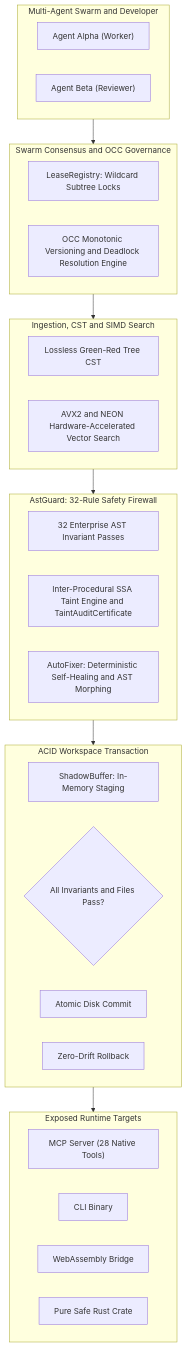
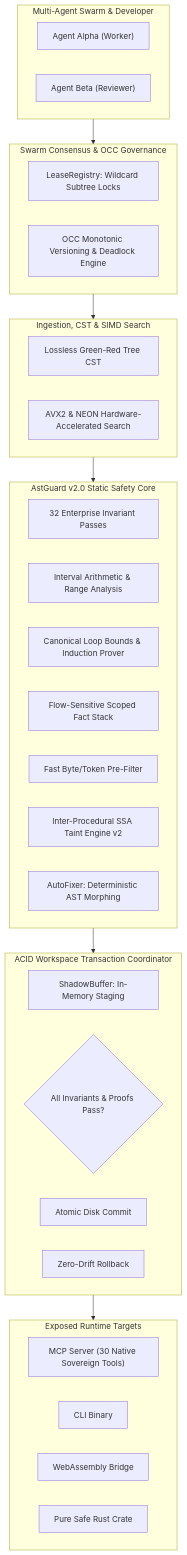
The diagram in README.md (ahmadshady747-create/LOCUS), drawn with Mermaid before and after one commit. The commit also changed other lines of this file and 165 other files, not shown here.

Commit message:
feat(v2.0.0): Abstract Interpretation, Symbolic Range Analysis, Canonical Loop Bounds Prover & Flow-Sensitive Fact Narrowing

````diff
--- a/README.md
+++ b/README.md
@@ -80,43 +122,47 @@
 ```mermaid
 flowchart TD
-    subgraph MultiAgentSwarm ["Multi-Agent Swarm and Developer"]
+    subgraph MultiAgentSwarm ["Multi-Agent Swarm & Developer"]
         AgentA["Agent Alpha (Worker)"]
         AgentB["Agent Beta (Reviewer)"]
     end
 
-    subgraph Governance ["Swarm Consensus and OCC Governance"]
+    subgraph Governance ["Swarm Consensus & OCC Governance"]
         LeaseReg["LeaseRegistry: Wildcard Subtree Locks"]
-        OCC["OCC Monotonic Versioning and Deadlock Resolution Engine"]
+        OCC["OCC Monotonic Versioning & Deadlock Engine"]
     end
 
-    subgraph Ingestion ["Ingestion, CST and SIMD Search"]
+    subgraph Ingestion ["Ingestion, CST & SIMD Search"]
         CST["Lossless Green-Red Tree CST"]
-        SIMD["AVX2 and NEON Hardware-Accelerated Vector Search"]
+        SIMD["AVX2 & NEON Hardware-Accelerated Search"]
     end
 
-    subgraph SafetyPipeline ["AstGuard: 32-Rule Safety Firewall"]
-        Invariants["32 Enterprise AST Invariant Passes"]
-        Taint["Inter-Procedural SSA Taint Engine and TaintAuditCertificate"]
-        AutoFix["AutoFixer: Deterministic Self-Healing and AST Morphing"]
+    subgraph StaticSafetyCore ["AstGuard v2.0 Static Safety Core"]
+        Invariants["32 Enterprise Invariant Passes"]
+        IntervalEngine["Interval Arithmetic & Range Analysis"]
+        LoopBounds["Canonical Loop Bounds & Induction Prover"]
+        FactStackEngine["Flow-Sensitive Scoped Fact Stack"]
+        MemchrFilter["Fast Byte/Token Pre-Filter"]
+        Taint["Inter-Procedural SSA Taint Engine v2"]
+        AutoFix["AutoFixer: Deterministic AST Morphing"]
     end
 
-    subgraph TransactionCoordinator ["ACID Workspace Transaction"]
+    subgraph TransactionCoordinator ["ACID Workspace Transaction Coordinator"]
         ShadowBuf["ShadowBuffer: In-Memory Staging"]
-        DiskCommit{"All Invariants and Files Pass?"}
+        DiskCommit{"All Invariants & Proofs Pass?"}
         CommitOk["Atomic Disk Commit"]
         Rollback["Zero-Drift Rollback"]
     end
 
     subgraph RuntimeInterfaces ["Exposed Runtime Targets"]
-        MCP["MCP Server (28 Native Tools)"]
+        MCP["MCP Server (30 Native Sovereign Tools)"]
         CLI["CLI Binary"]
         WASM["WebAssembly Bridge"]
         LIB["Pure Safe Rust Crate"]
     end
 
     MultiAgentSwarm --> Governance
     Governance --> Ingestion
-    Ingestion --> SafetyPipeline
-    SafetyPipeline --> TransactionCoordinator
+    Ingestion --> StaticSafetyCore
+    StaticSafetyCore --> TransactionCoordinator
     TransactionCoordinator --> RuntimeInterfaces
 ```
````
